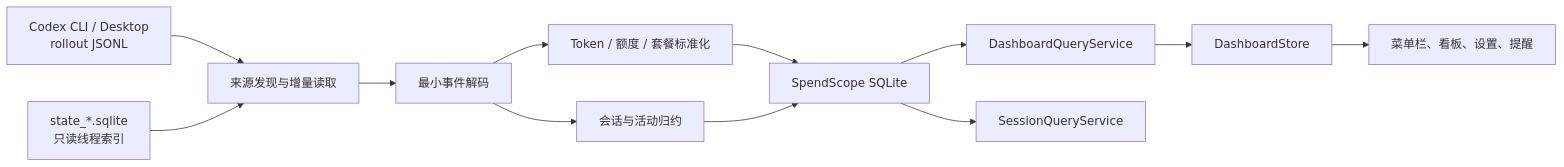
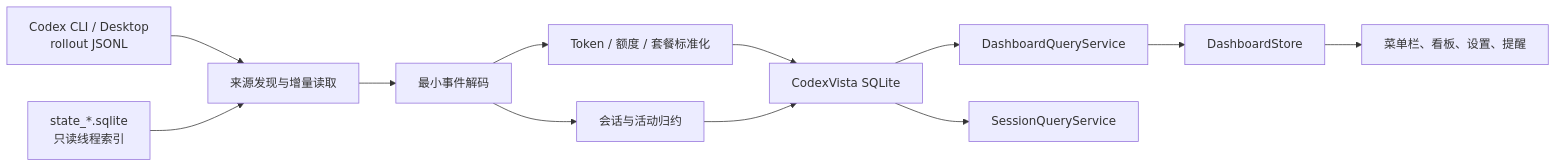
The diagram in docs/TECHNICAL_ARCHIVE.md (ychp/SpendScope), drawn with Mermaid before and after one commit. The commit also changed other lines of this file and 139 other files, not shown here.

````diff
--- a/docs/TECHNICAL_ARCHIVE.md
+++ b/docs/TECHNICAL_ARCHIVE.md
@@ -50,14 +50,14 @@
 ```mermaid
 flowchart LR
     A["Codex CLI / Desktop<br/>rollout JSONL"] --> C["来源发现与增量读取"]
     B["state_*.sqlite<br/>只读线程索引"] --> C
     C --> D["最小事件解码"]
     D --> E["Token / 额度 / 套餐标准化"]
     D --> F["会话与活动归约"]
-    E --> G["SpendScope SQLite"]
+    E --> G["CodexVista SQLite"]
     F --> G
     G --> H["DashboardQueryService"]
     G --> I["SessionQueryService"]
     H --> J["DashboardStore"]
     J --> K["菜单栏、看板、设置、提醒"]
 ```
````
